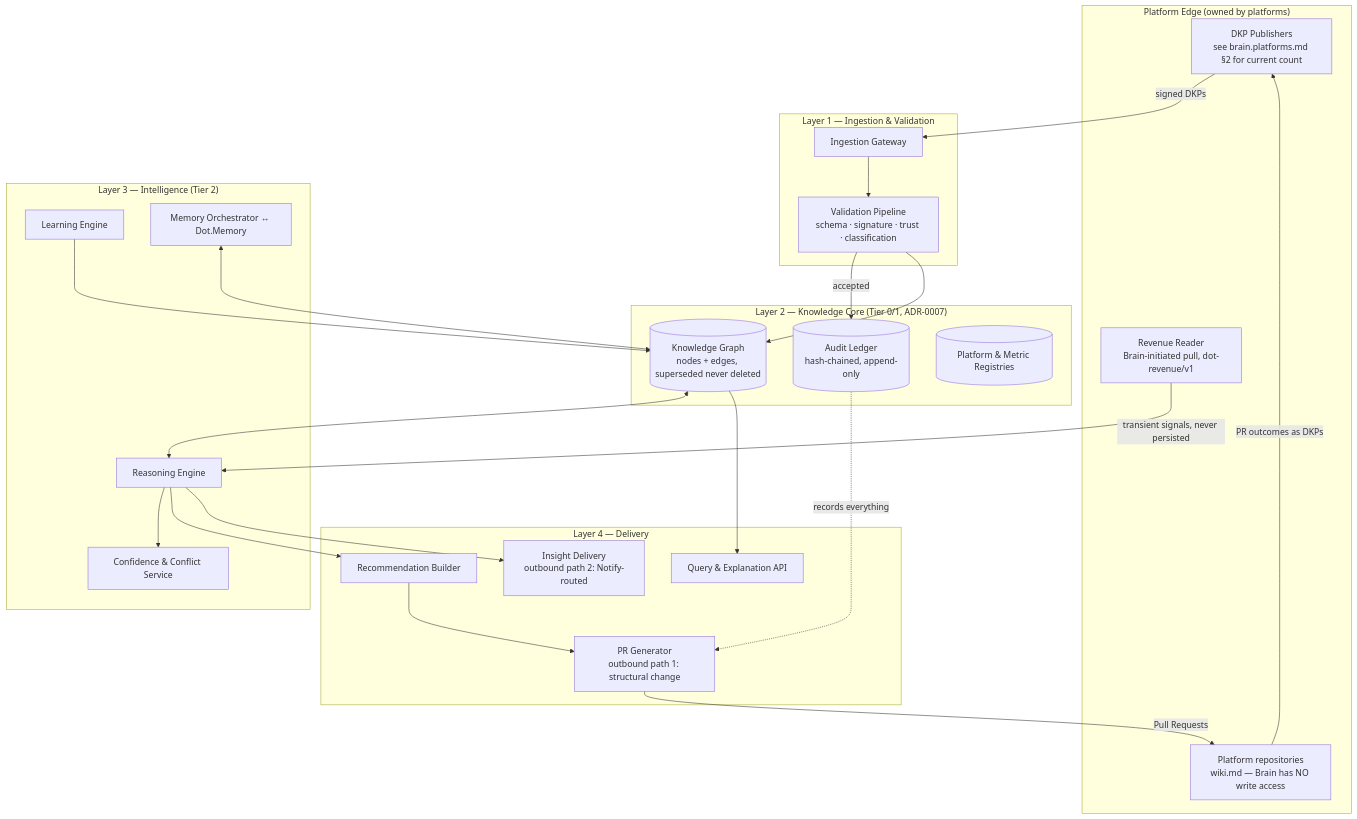
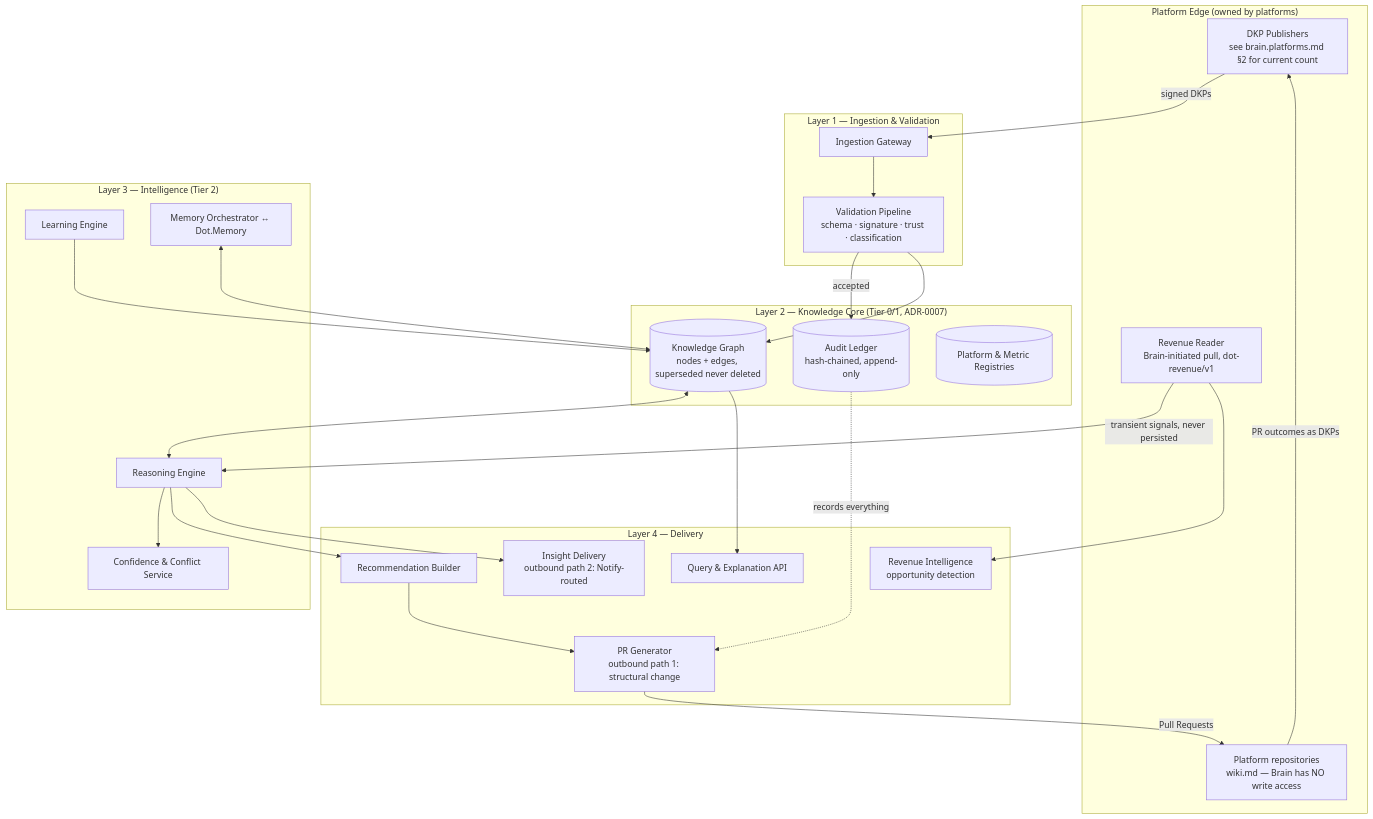
One commit to sakhilebhayi/Dot.Brain changed the first of 2 diagrams in brain.architecture.md. Above: the diagram before and after it, drawn with Mermaid. The commit also changed other lines of this file, not shown here.

Commit message:
docs(brain.architecture): document the Revenue Intelligence component

````diff
--- a/brain.architecture.md
+++ b/brain.architecture.md
@@ -31,42 +31,44 @@
 ```mermaid
 graph TB
     subgraph P["Platform Edge (owned by platforms)"]
         PUB[DKP Publishers<br/>see brain.platforms.md §2 for current count]
         REPOS[Platform repositories<br/>wiki.md — Brain has NO write access]
         REVREAD[Revenue Reader<br/>Brain-initiated pull, dot-revenue/v1]
     end
     subgraph L1["Layer 1 — Ingestion & Validation"]
         GW[Ingestion Gateway]
         VAL[Validation Pipeline<br/>schema · signature · trust · classification]
     end
     subgraph L2["Layer 2 — Knowledge Core (Tier 0/1, ADR-0007)"]
         LEDGER[(Audit Ledger<br/>hash-chained, append-only)]
         GRAPH[(Knowledge Graph<br/>nodes + edges, superseded never deleted)]
         REG[(Platform & Metric Registries)]
     end
     subgraph L3["Layer 3 — Intelligence (Tier 2)"]
         REASON[Reasoning Engine]
         LEARN[Learning Engine]
         MEM[Memory Orchestrator ↔ Dot.Memory]
         CONF[Confidence & Conflict Service]
     end
     subgraph L4["Layer 4 — Delivery"]
         REC[Recommendation Builder]
         PRGEN[PR Generator<br/>outbound path 1: structural change]
         INSDEL[Insight Delivery<br/>outbound path 2: Notify-routed]
+        REVINTEL[Revenue Intelligence<br/>opportunity detection]
         QUERY[Query & Explanation API]
     end
     PUB -->|signed DKPs| GW --> VAL
     VAL -->|accepted| LEDGER
     VAL --> GRAPH
     GRAPH <--> REASON
     REASON --> CONF
     LEARN --> GRAPH
     MEM <--> GRAPH
     REASON --> REC --> PRGEN -->|Pull Requests| REPOS
     REASON --> INSDEL
     REVREAD -->|transient signals, never persisted| REASON
+    REVREAD --> REVINTEL
     REPOS -->|PR outcomes as DKPs| PUB
     GRAPH --> QUERY
     LEDGER -.records everything.-> PRGEN
 ```
````
